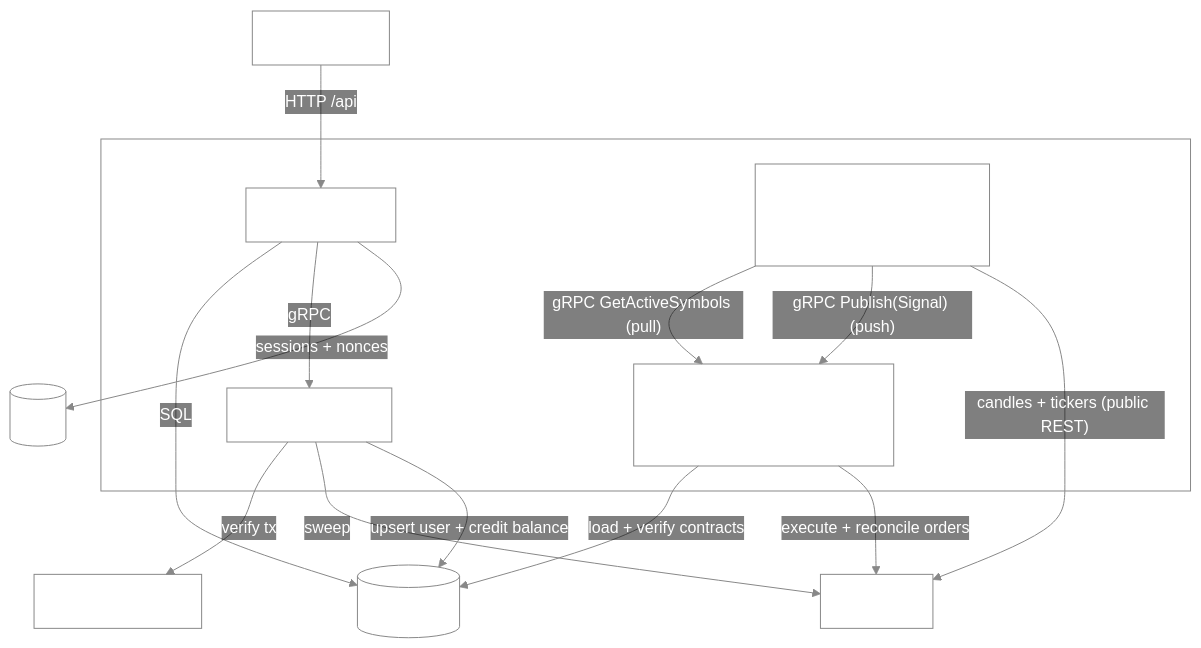
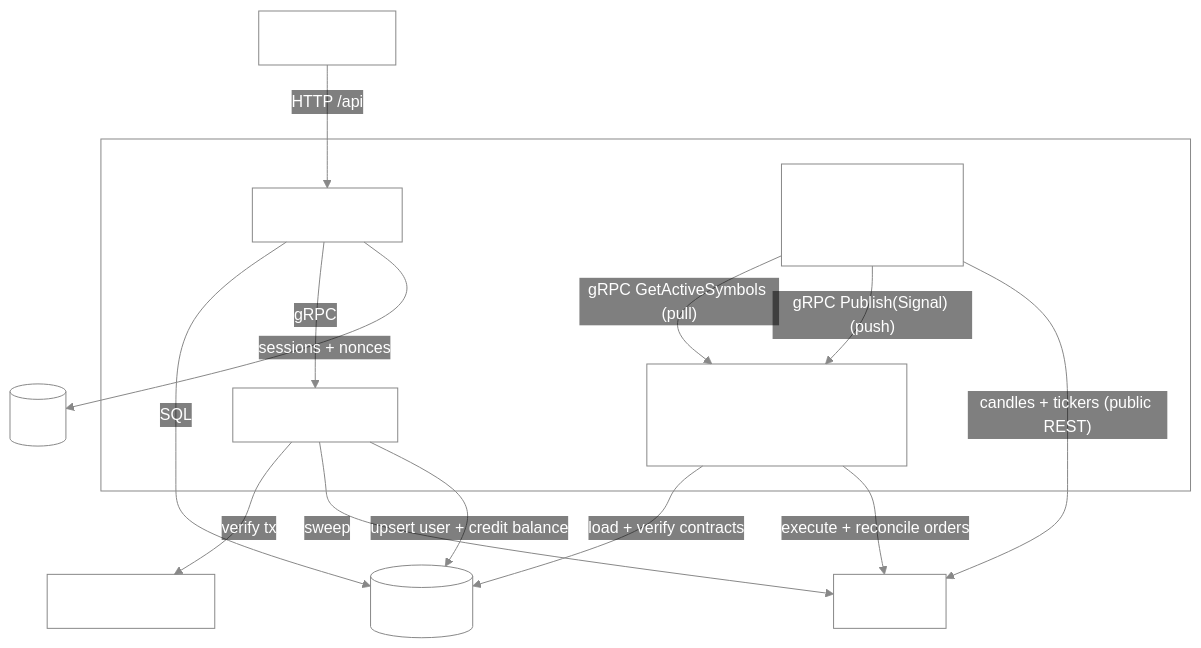
The diagram in README.md (N-Choo/CoinBot.v3), drawn with Mermaid before and after one commit. The commit also changed other lines of this file and 80 other files, not shown here.

First line of the commit message:
feat(analyzer): replace divergence with RSI momentum

````diff
--- a/README.md
+++ b/README.md
@@ -29,37 +29,37 @@
 ```mermaid
 %%{init: {"theme":"base","themeVariables":{"clusterBkg":"transparent","clusterBorder":"#888","lineColor":"#888","primaryTextColor":"#fff","tertiaryTextColor":"#fff","edgeLabelBackground":"transparent"}}}%%
 flowchart TB
     classDef plain fill:transparent,stroke:#888,color:#fff;
 
     UI["React SPA"]
 
     subgraph rust["Rust services"]
         GW["api_gateway"]
         DW["deposit-worker"]
         TE["trade-engine<br/>(gRPC server: EngineService)"]
-        SA["analyzer<br/>(RSI divergence)<br/>[ Closed - not profitable ]"]
+        SA["analyzer<br/>(RSI momentum)<br/>[ Unvalidated ]"]
     end
 
     DB[("PostgreSQL")]
     RD[("Redis")]
     ETH["Ethereum RPC"]
     KC["KuCoin"]
 
     UI -->|"HTTP /api"| GW
     GW -->|"SQL"| DB
     GW -->|"gRPC"| DW
     DW -->|"verify tx"| ETH
     DW -->|"sweep"| KC
     DW -->|"upsert user + credit balance"| DB
 
     SA -->|"gRPC GetActiveSymbols (pull)"| TE
     SA -->|"gRPC Publish(Signal) (push)"| TE
     SA -->|"candles + tickers (public REST)"| KC
 
     GW -->|"sessions + nonces"| RD
 
     TE -->|"load + verify contracts"| DB
     TE -->|"execute + reconcile orders"| KC
 
     class UI,GW,DW,TE,SA,DB,RD,ETH,KC plain;
 ```
````
